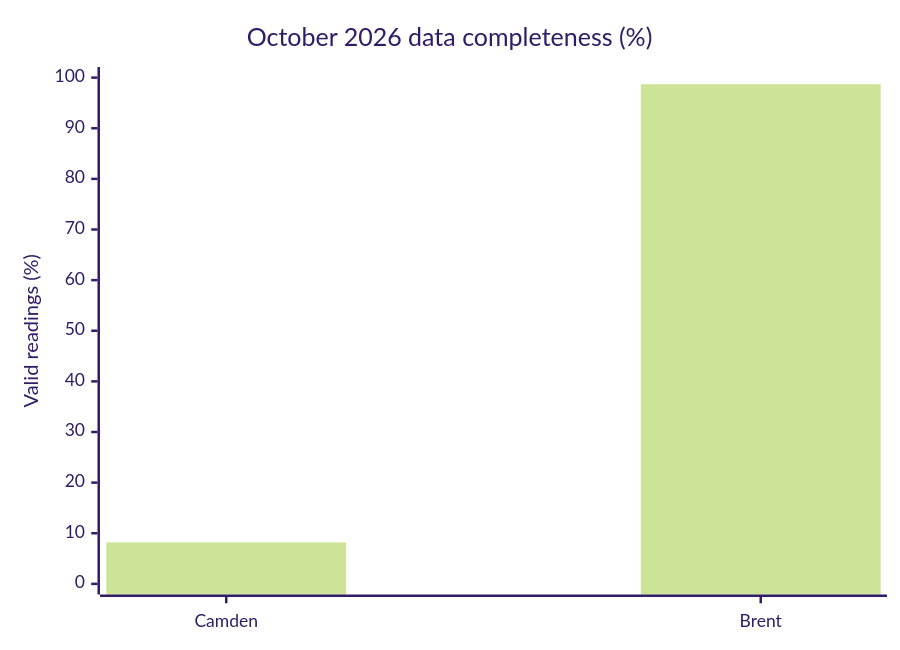
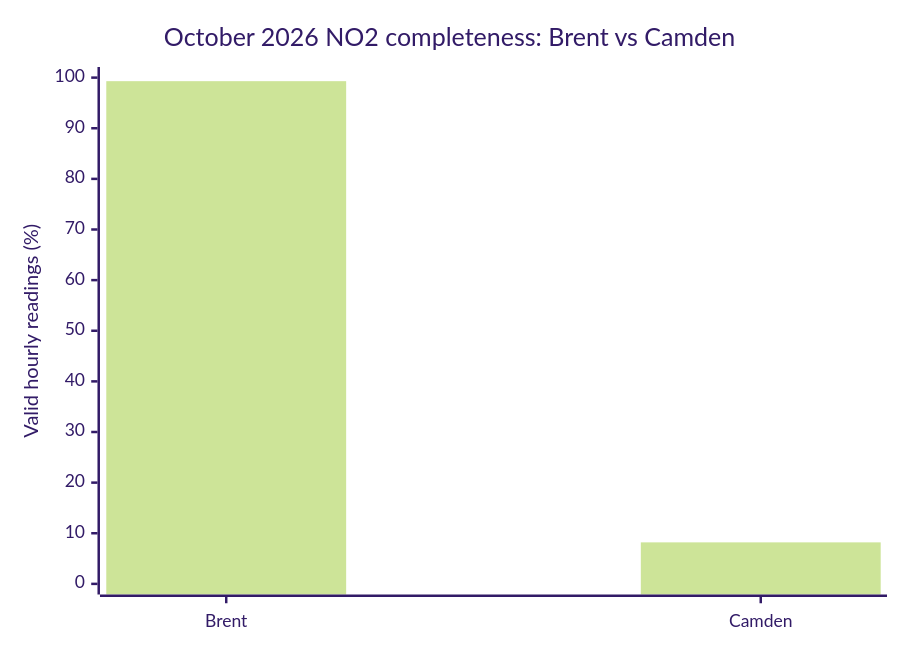
Before and after one commit to parvathysn10/AirLens-London: the first of 4 diagrams in README.md, drawn with Mermaid (forest theme). The commit also changed other lines of this file, not shown here.

````diff
--- a/README.md
+++ b/README.md
@@ -35,7 +51,7 @@
 ```mermaid
 xychart-beta
-    title "October 2026 data completeness (%)"
-    x-axis ["Camden", "Brent"]
-    y-axis "Valid readings (%)" 0 --> 100
-    bar [8.2, 98.7]
+    title "October 2026 NO2 completeness: Brent vs Camden"
+    x-axis ["Brent", "Camden"]
+    y-axis "Valid hourly readings (%)" 0 --> 100
+    bar [99.3, 8.2]
 ```
````
